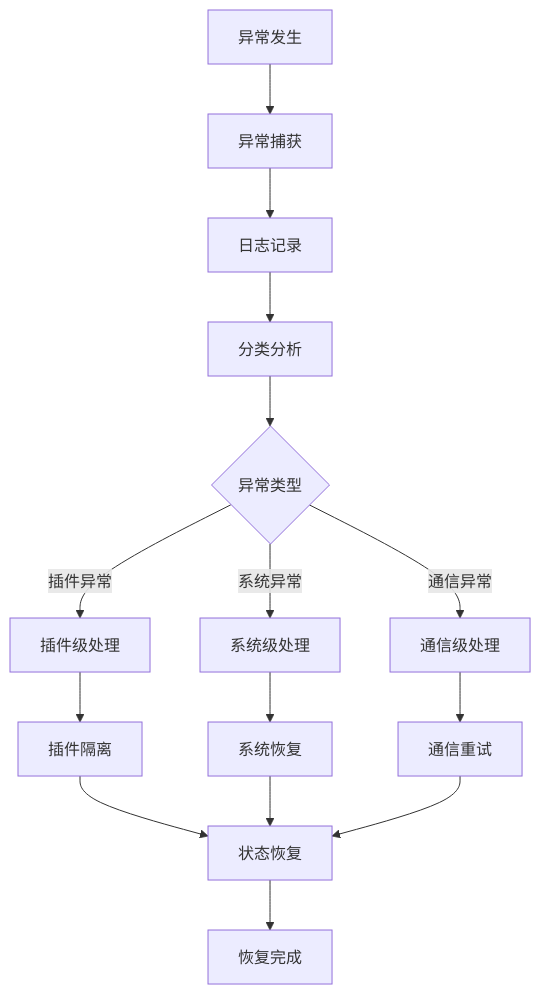
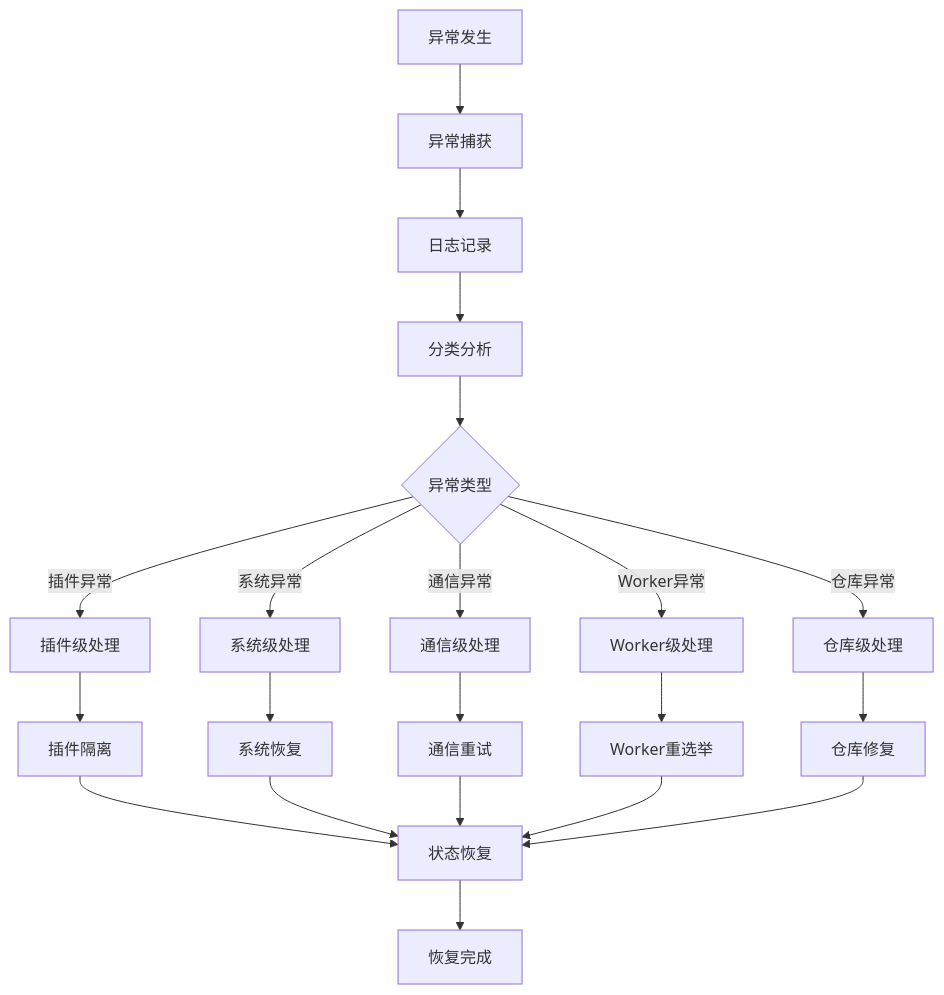
Before and after one commit to ababbabbb/flask_plugins: the seventh of 7 diagrams in docs/design/20250601.md, drawn with Mermaid. The commit also changed other lines of this file and 6 other files, not shown here.

````diff
--- a/docs/design/20250601.md
+++ b/docs/design/20250601.md
@@ -376,21 +880,27 @@
 ```mermaid
 graph TD
     A[异常发生] --> B1[异常捕获]
     B1 --> B2[日志记录]
     B2 --> B3[分类分析]
-    
+  
     B3 --> C1{异常类型}
     C1 -->|插件异常| D1[插件级处理]
     C1 -->|系统异常| D2[系统级处理]
     C1 -->|通信异常| D3[通信级处理]
-    
+    C1 -->|Worker异常| D4[Worker级处理]
+    C1 -->|仓库异常| D5[仓库级处理]
+  
     D1 --> E1[插件隔离]
     D2 --> E2[系统恢复]
     D3 --> E3[通信重试]
-    
+    D4 --> E4[Worker重选举]
+    D5 --> E5[仓库修复]
+  
     E1 --> F1[状态恢复]
     E2 --> F1
     E3 --> F1
-    
+    E4 --> F1
+    E5 --> F1
+  
     F1 --> G[恢复完成]
 ```
````
